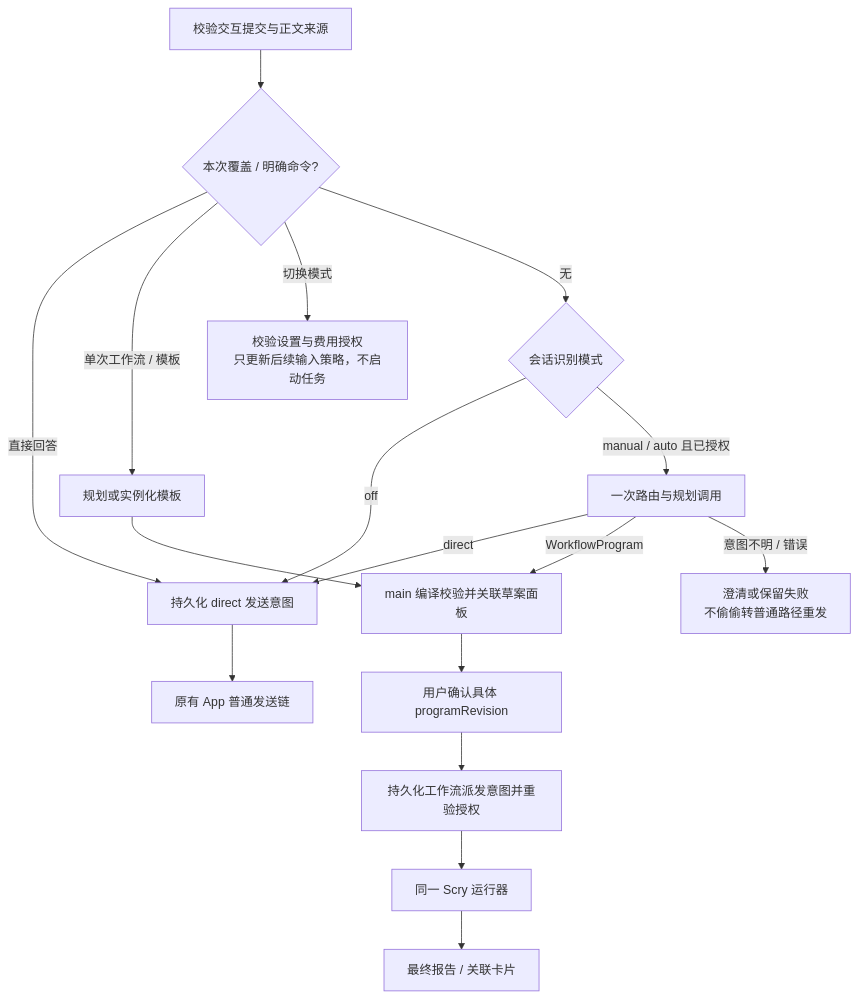
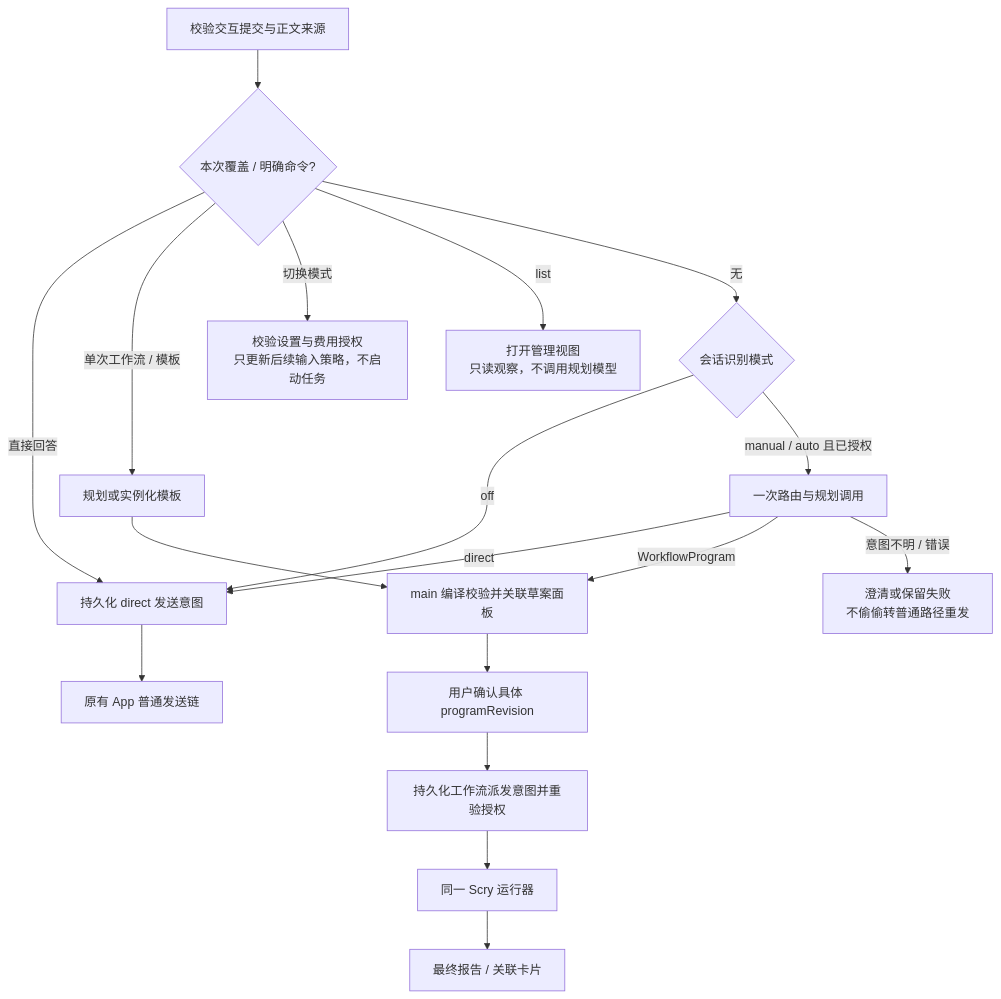
The diagram in designs/scry-workflows/chat-entry-semantics.md (bingjiang0611/scry), drawn with Mermaid before and after one commit. The commit also changed other lines of this file and 8 other files, not shown here.

````diff
--- a/designs/scry-workflows/chat-entry-semantics.md
+++ b/designs/scry-workflows/chat-entry-semantics.md
@@ -67,19 +68,20 @@
 ```mermaid
 flowchart TD
   A[校验交互提交与正文来源] --> B{本次覆盖 / 明确命令?}
   B -->|直接回答| D[持久化 direct 发送意图]
   B -->|单次工作流 / 模板| P[规划或实例化模板]
   B -->|切换模式| U[校验设置与费用授权<br/>只更新后续输入策略，不启动任务]
+  B -->|list| L[打开管理视图<br/>只读观察，不调用规划模型]
   B -->|无| M{会话识别模式}
   M -->|off| D
   M -->|manual / auto 且已授权| R[一次路由与规划调用]
   R -->|direct| D
   R -->|WorkflowProgram| V[main 编译校验并关联草案面板]
   R -->|意图不明 / 错误| Q[澄清或保留失败<br/>不偷偷转普通路径重发]
   P --> V
   V --> C[用户确认具体 programRevision]
   C --> E[持久化工作流派发意图并重验授权]
   E --> W[同一 Scry 运行器]
   D --> N[原有 App 普通发送链]
   W --> F[最终报告 / 关联卡片]
 ```
````
